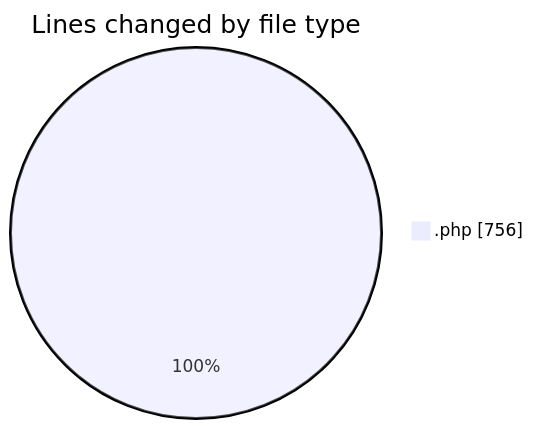
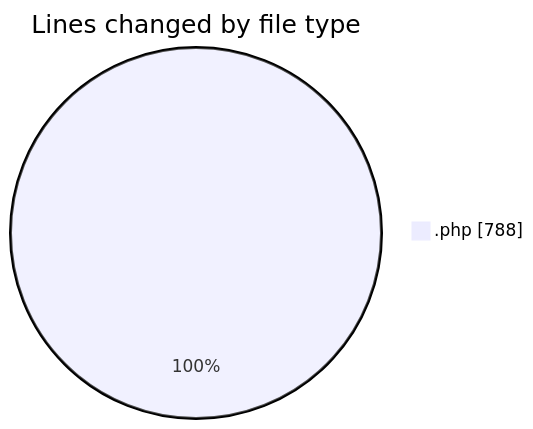
The first of 2 diagrams in 2026-07-29/untitled__workspace_/README.md (debugP/code-tracking), drawn with Mermaid before and after one commit. The commit also changed other lines of this file and 1 other file, not shown here.

````diff
--- a/2026-07-29/untitled__workspace_/README.md
+++ b/2026-07-29/untitled__workspace_/README.md
@@ -20,5 +20,5 @@
 ```mermaid
 pie showData
 title Lines changed by file type
-".php" : 756
+".php" : 788
 ```
````
